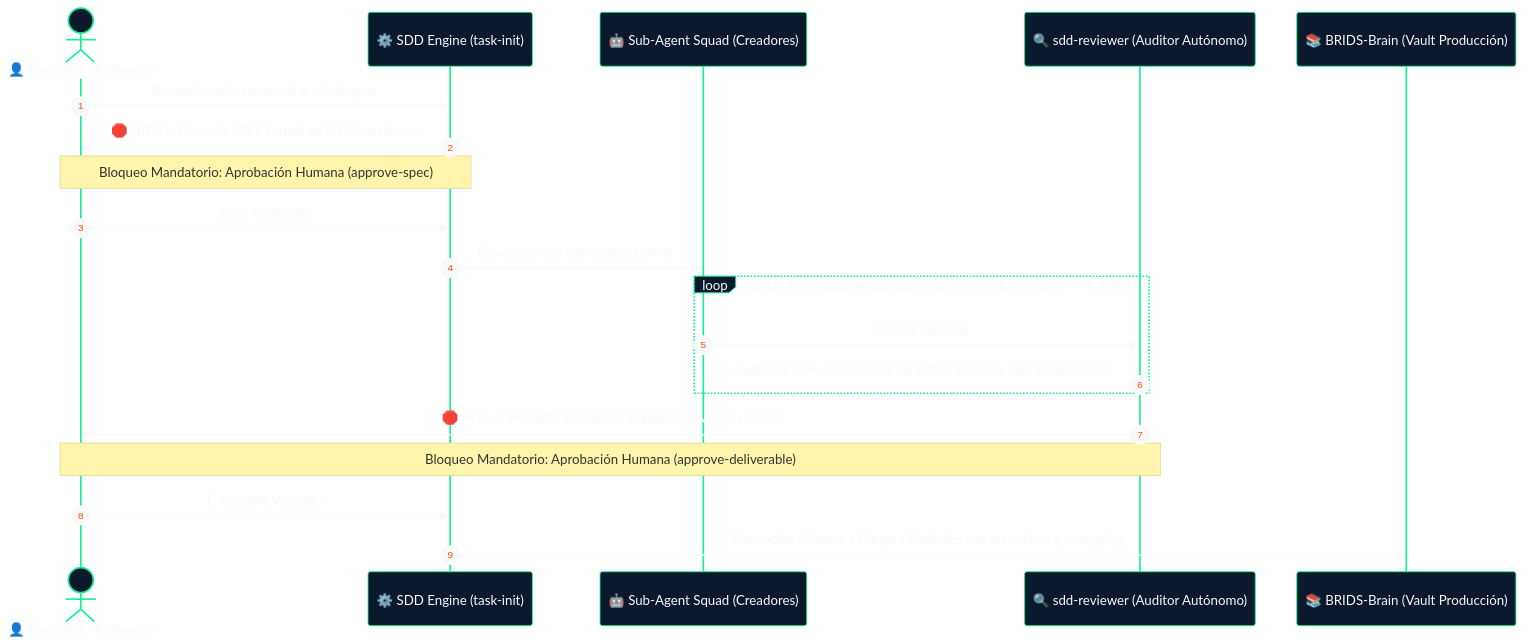
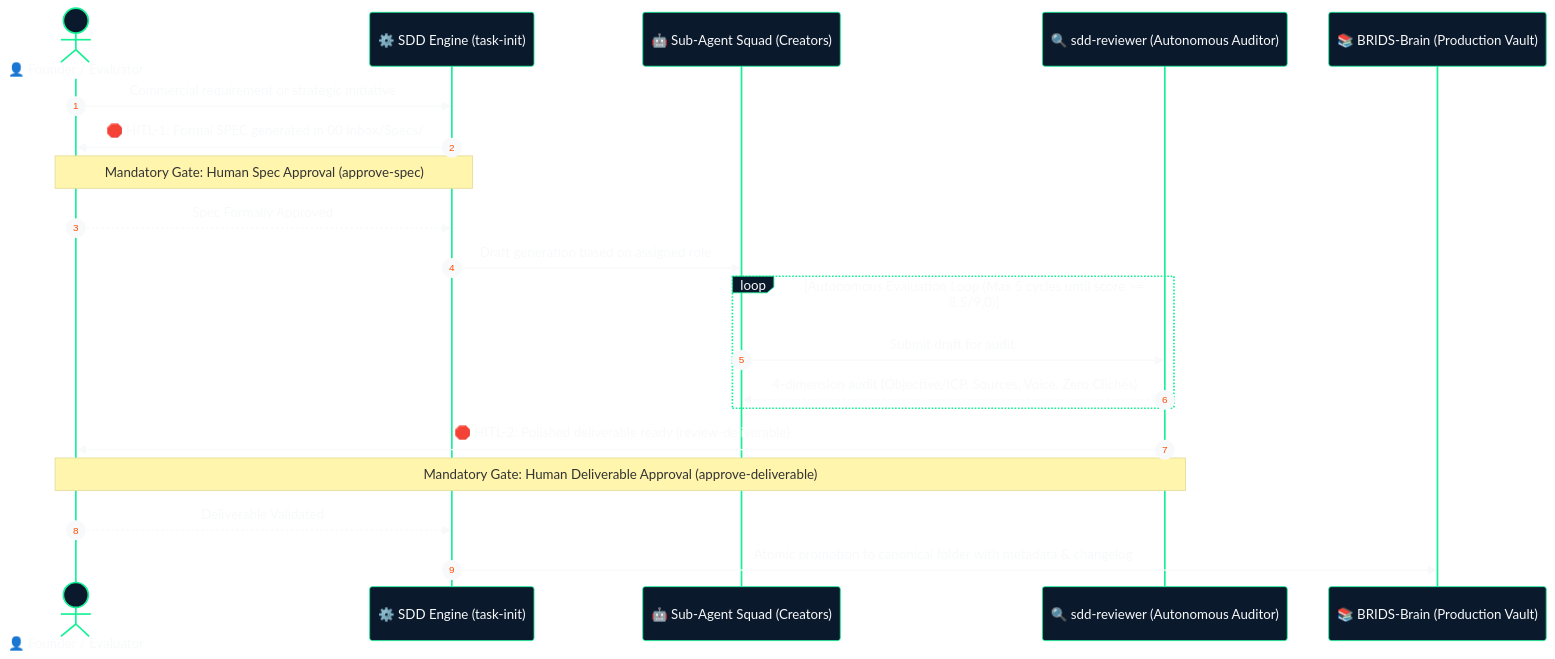
The second of 2 diagrams in README.md (jeisonsosablockdev/BRIDS-KNOWLEDGE-FORT), drawn with Mermaid before and after one commit. The commit also changed other lines of this file, not shown here.

````diff
--- a/README.md
+++ b/README.md
@@ -175,24 +175,24 @@
 ```mermaid
 %%{init: {'theme': 'base', 'themeVariables': { 'primaryColor': '#0B192C', 'primaryTextColor': '#F8F9FA', 'primaryBorderColor': '#14F195', 'lineColor': '#00B0F9', 'secondaryColor': '#1E293B', 'tertiaryColor': '#0F172A', 'fontSize': '14px'}}}%%
 sequenceDiagram
     autonumber
-    actor Founder as 👤 Fundador / Evaluador
+    actor Founder as 👤 Founder / Evaluator
     participant Engine as ⚙️ SDD Engine (task-init)
-    participant Squad as 🤖 Sub-Agent Squad (Creadores)
-    participant Reviewer as 🔍 sdd-reviewer (Auditor Autónomo)
-    participant Vault as 📚 BRIDS-Brain (Vault Producción)
+    participant Squad as 🤖 Sub-Agent Squad (Creators)
+    participant Reviewer as 🔍 sdd-reviewer (Autonomous Auditor)
+    participant Vault as 📚 BRIDS-Brain (Production Vault)
 
-    Founder->>Engine: Requerimiento comercial o estratégico
-    Engine->>Founder: 🛑 HITL-1: Presenta SPEC formal en 00 Inbox/Specs/
-    Note over Founder,Engine: Bloqueo Mandatorio: Aprobación Humana (approve-spec)
-    Founder-->>Engine: Spec Aprobado
-    Engine->>Squad: Generación de borrador según rol
-    loop Bucle Autónomo de Calidad (Máx. 5 ciclos hasta score >= 8.5/9.0)
-        Squad->>Reviewer: Entrega borrador
-        Reviewer-->>Squad: Auditoría en 4 dimensiones (Objetivo, Fuentes, Voz, Cero Clichés)
+    Founder->>Engine: Commercial requirement or strategic initiative
+    Engine->>Founder: 🛑 HITL-1: Formal SPEC generated in 00 Inbox/Specs/
+    Note over Founder,Engine: Mandatory Gate: Human Spec Approval (approve-spec)
+    Founder-->>Engine: Spec Formally Approved
+    Engine->>Squad: Draft generation based on assigned role
+    loop Autonomous Evaluation Loop (Max 5 cycles until score >= 8.5/9.0)
+        Squad->>Reviewer: Submit draft for audit
+        Reviewer-->>Squad: 4-dimension audit (Objective/ICP, Sources, Voice, Zero Clichés)
     end
-    Reviewer->>Founder: 🛑 HITL-2: Presenta Entregable Pulido (review-deliverable)
-    Note over Founder,Reviewer: Bloqueo Mandatorio: Aprobación Humana (approve-deliverable)
-    Founder-->>Engine: Entregable Validado
-    Engine->>Vault: Promoción Atómica a Carpeta Canónica con metadatos y changelog
+    Reviewer->>Founder: 🛑 HITL-2: Polished deliverable ready (review-deliverable)
+    Note over Founder,Reviewer: Mandatory Gate: Human Deliverable Approval (approve-deliverable)
+    Founder-->>Engine: Deliverable Validated
+    Engine->>Vault: Atomic promotion to canonical folder with metadata & changelog
 ```
````
